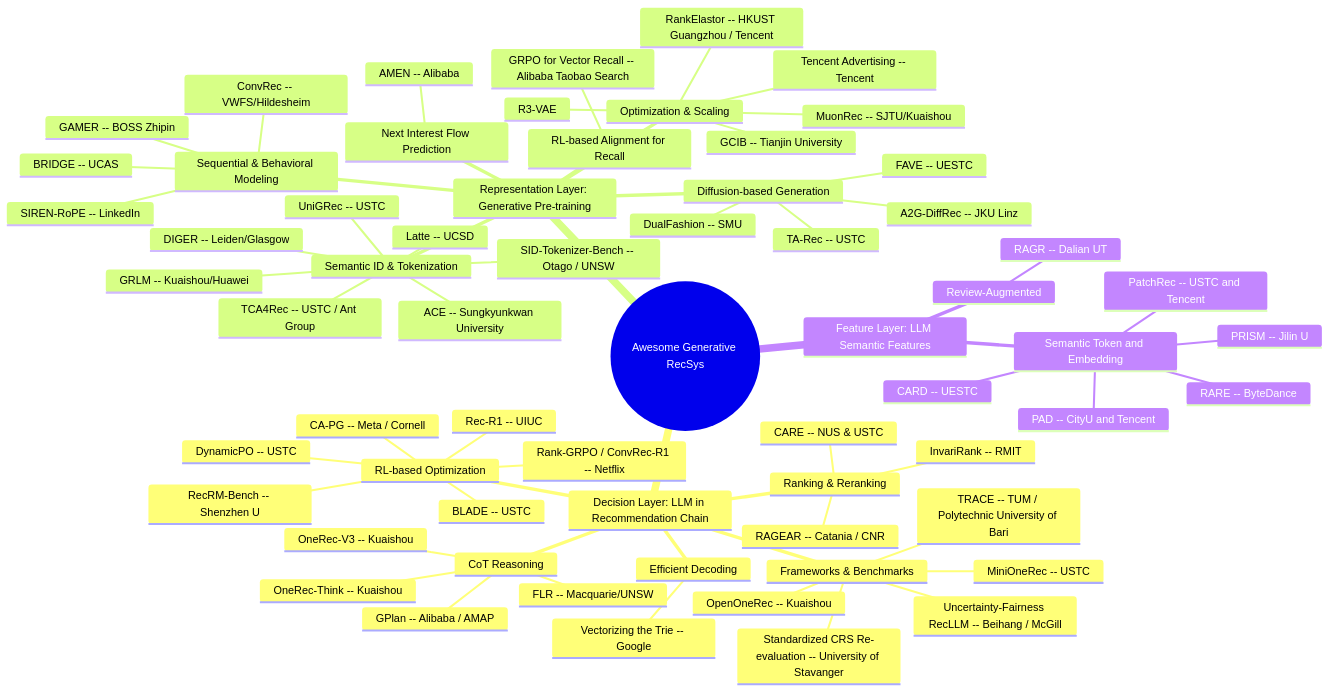
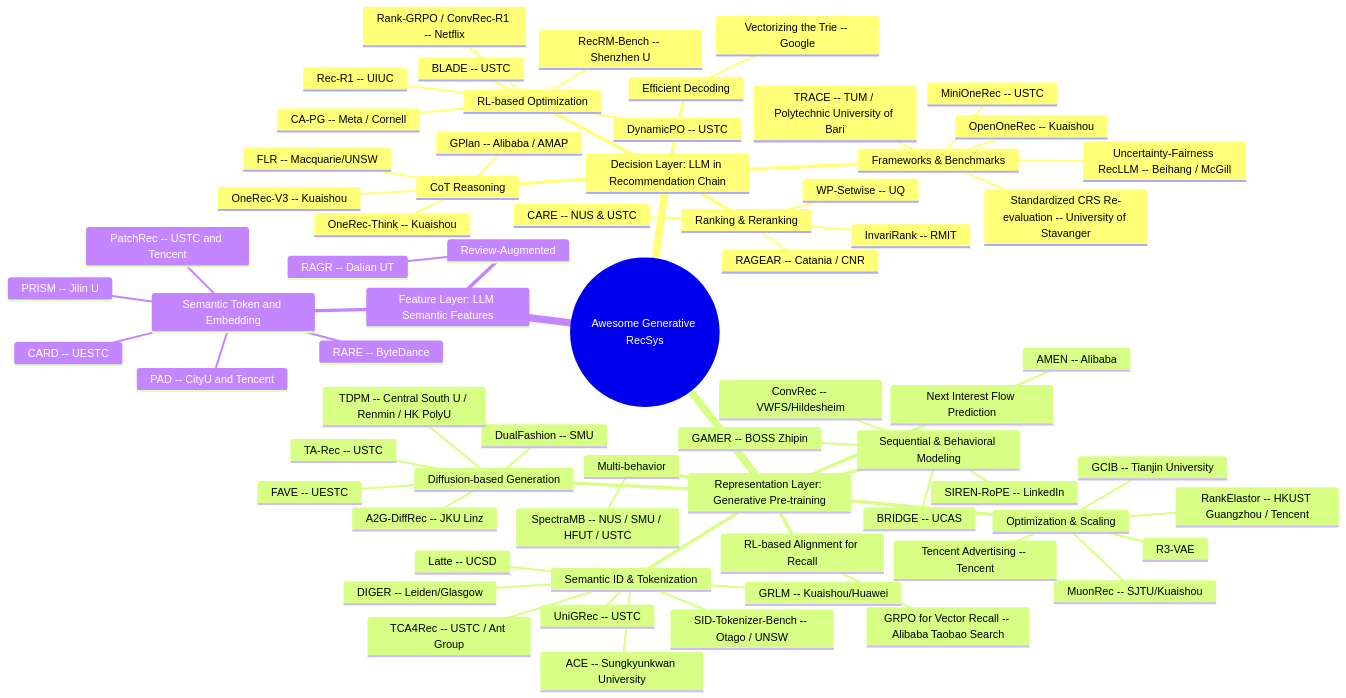
One commit to HaFred/awesome-generative-recsys changed the diagram in README.md. Above: the diagram before and after it, drawn with Mermaid. The commit also changed other lines of this file, not shown here.

Commit message:
feat: 13 papers June 2 (SpectraMB KDD2026 NUS/Shopee, TDPM gen-rec diffusion CSU, UniPinRec Pinterest retrieval-ranking, PrefixMem SID encoders, WP-Setwise UQ reranking, Trustworthy Survey ZJU/USTC)

````diff
--- a/README.md
+++ b/README.md
@@ -6,67 +6,71 @@
 ```mermaid
 mindmap
   root((Awesome Generative RecSys))
     Decision Layer: LLM in Recommendation Chain
       CoT Reasoning
         OneRec-Think -- Kuaishou
         OneRec-V3 -- Kuaishou
         GPlan -- Alibaba / AMAP
         FLR -- Macquarie/UNSW
       RL-based Optimization
         Rank-GRPO / ConvRec-R1 -- Netflix
         Rec-R1 -- UIUC
         DynamicPO -- USTC
         RecRM-Bench -- Shenzhen U
         BLADE -- USTC
         CA-PG -- Meta / Cornell
       Ranking & Reranking
         CARE -- NUS & USTC
         InvariRank -- RMIT
         RAGEAR -- Catania / CNR
+        WP-Setwise -- UQ
       Frameworks & Benchmarks
         TRACE -- TUM / Polytechnic University of Bari
         Uncertainty-Fairness RecLLM -- Beihang / McGill
         Standardized CRS Re-evaluation -- University of Stavanger
         OpenOneRec -- Kuaishou
         MiniOneRec -- USTC
       Efficient Decoding
         Vectorizing the Trie -- Google
     Representation Layer: Generative Pre-training
       Semantic ID & Tokenization
         TCA4Rec -- USTC / Ant Group
         Latte -- UCSD
         DIGER -- Leiden/Glasgow
         UniGRec -- USTC
         GRLM -- Kuaishou/Huawei
         SID-Tokenizer-Bench -- Otago / UNSW
         ACE -- Sungkyunkwan University
       Next Interest Flow Prediction
         AMEN -- Alibaba
       RL-based Alignment for Recall
         GRPO for Vector Recall -- Alibaba Taobao Search
       Diffusion-based Generation
         A2G-DiffRec -- JKU Linz
         TA-Rec -- USTC
         DualFashion -- SMU
         FAVE -- UESTC
+        TDPM -- Central South U / Renmin / HK PolyU
       Sequential & Behavioral Modeling
         GAMER -- BOSS Zhipin
         SIREN-RoPE -- LinkedIn
         ConvRec -- VWFS/Hildesheim
         BRIDGE -- UCAS
+      Multi-behavior
+        SpectraMB -- NUS / SMU / HFUT / USTC
       Optimization & Scaling
         MuonRec -- SJTU/Kuaishou
         R3-VAE
         Tencent Advertising -- Tencent
         RankElastor -- HKUST Guangzhou / Tencent
         GCIB -- Tianjin University
     Feature Layer: LLM Semantic Features
       Semantic Token and Embedding
         PatchRec -- USTC and Tencent
         PAD -- CityU and Tencent
         RARE -- ByteDance
         CARD -- UESTC
         PRISM -- Jilin U
       Review-Augmented
         RAGR -- Dalian UT
 ```
````
